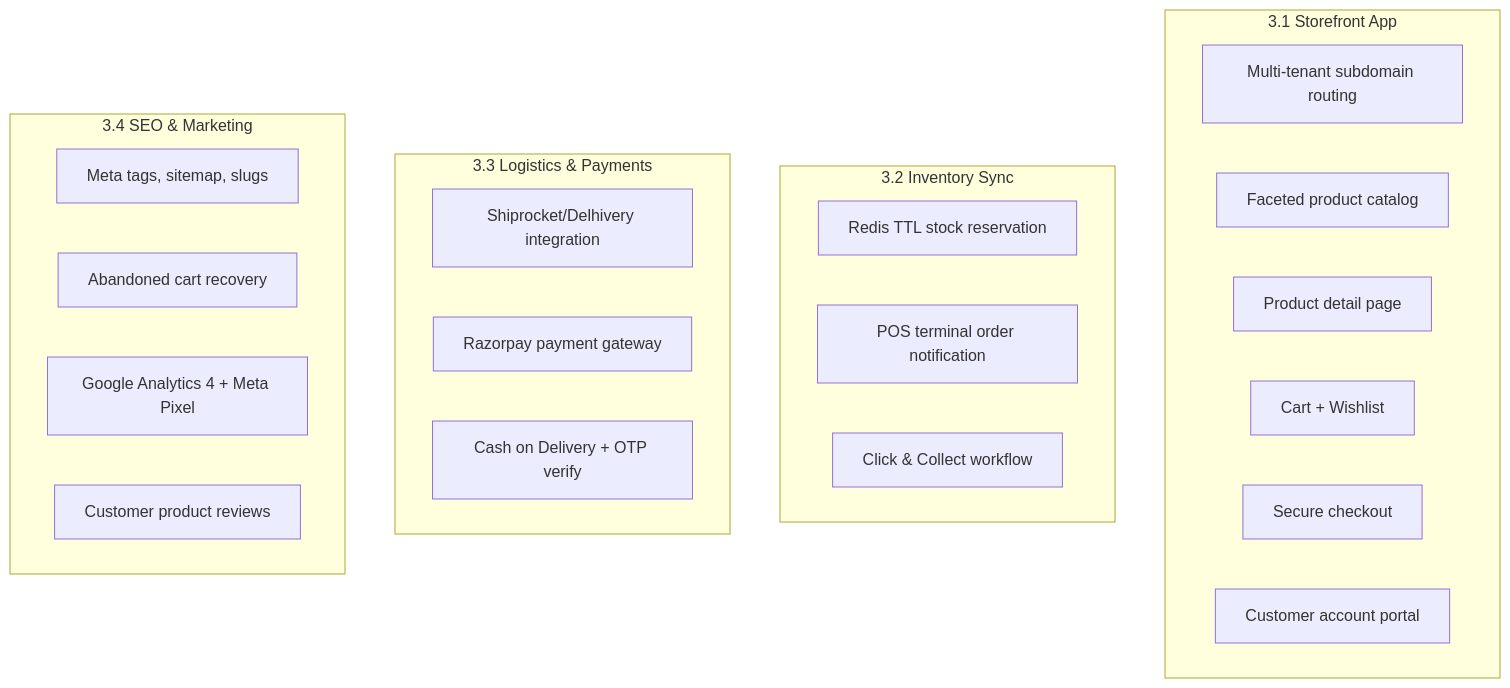
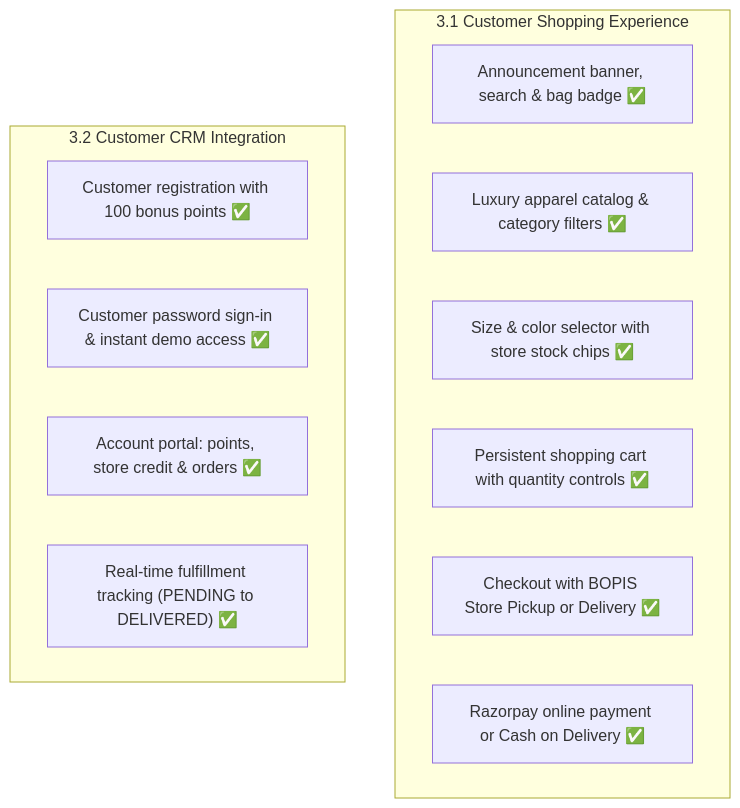
Before and after one commit to codernotme/marketplace: the fourth of 5 diagrams in docs/todos-and-roadmap.md, drawn with Mermaid. The commit also changed other lines of this file and 264 other files, not shown here.

````diff
--- a/docs/todos-and-roadmap.md
+++ b/docs/todos-and-roadmap.md
@@ -188,30 +142,18 @@
 ```mermaid
-flowchart TD
-    subgraph Storefront["3.1 Storefront App"]
-        SUBDOMAIN["Multi-tenant subdomain routing"]
-        CATALOG["Faceted product catalog"]
-        PDP["Product detail page"]
-        CART_WISH["Cart + Wishlist"]
-        CHECKOUT["Secure checkout"]
-        ACCOUNT["Customer account portal"]
+graph TD
+    subgraph CustomerPortal["3.1 Customer Shopping Experience"]
+        HEADER["Announcement banner, search & bag badge ✅"]
+        CATALOG["Luxury apparel catalog & category filters ✅"]
+        VARIANTS["Size & color selector with store stock chips ✅"]
+        BAG["Persistent shopping cart with quantity controls ✅"]
+        CHECKOUT["Checkout with BOPIS Store Pickup or Delivery ✅"]
+        PAYMENT["Razorpay online payment or Cash on Delivery ✅"]
     end
 
-    subgraph Sync["3.2 Inventory Sync"]
-        RESERVE["Redis TTL stock reservation"]
-        NOTIFY["POS terminal order notification"]
-        BOPIS["Click & Collect workflow"]
-    end
-
-    subgraph Logistics["3.3 Logistics & Payments"]
-        SHIPROCKET["Shiprocket/Delhivery integration"]
-        RAZORPAY["Razorpay payment gateway"]
-        COD["Cash on Delivery + OTP verify"]
-    end
-
-    subgraph Marketing["3.4 SEO & Marketing"]
-        SEO["Meta tags, sitemap, slugs"]
-        ABANDONED["Abandoned cart recovery"]
-        GA["Google Analytics 4 + Meta Pixel"]
-        REVIEWS["Customer product reviews"]
+    subgraph CustomerAuth["3.2 Customer CRM Integration"]
+        REGISTER["Customer registration with 100 bonus points ✅"]
+        LOGIN["Customer password sign-in & instant demo access ✅"]
+        ACCOUNT["Account portal: points, store credit & orders ✅"]
+        ORDER_TRACK["Real-time fulfillment tracking (PENDING to DELIVERED) ✅"]
     end
 ```
````
